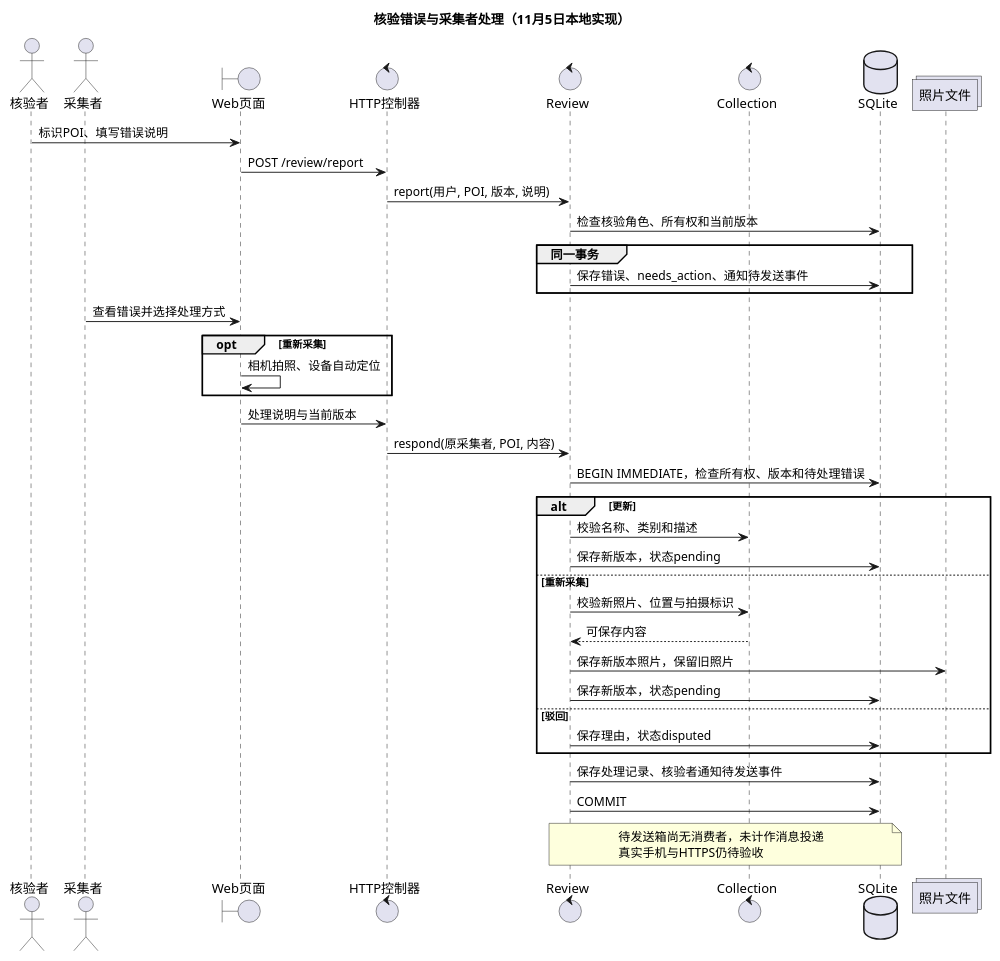
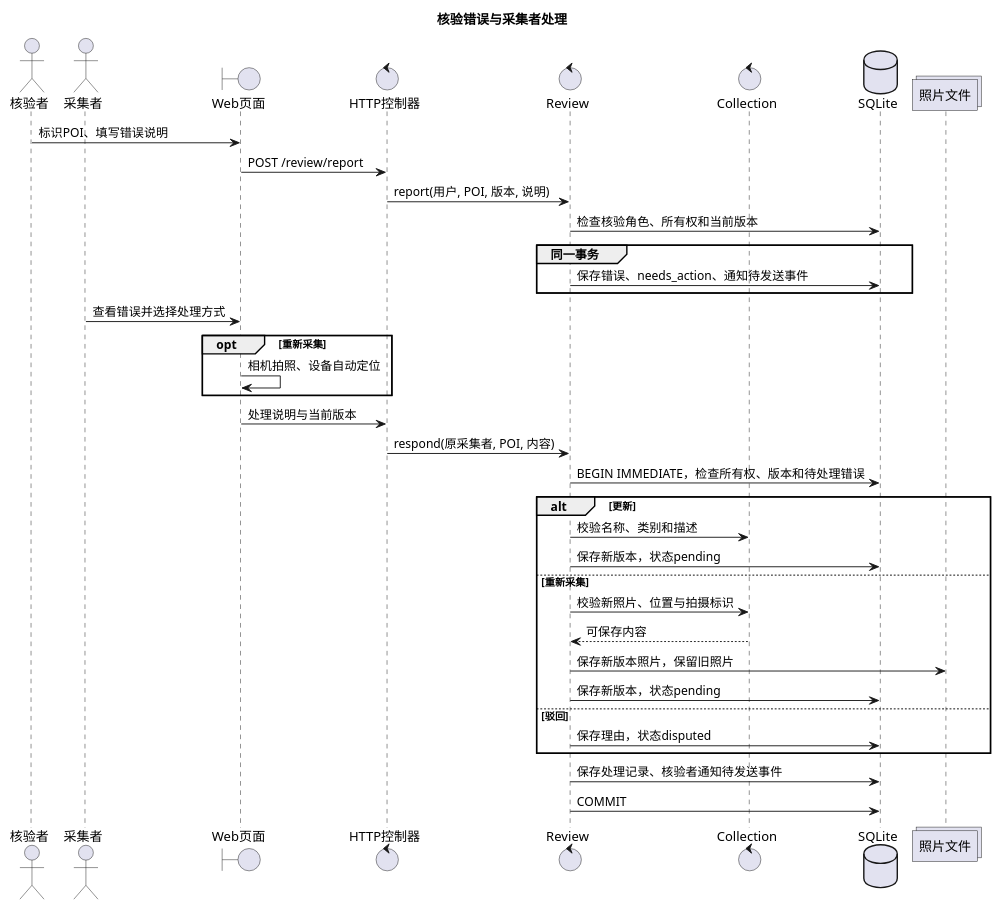
Before and after one commit to Florian-yang/mapqc-sadp-practice: the diagram in docs/diagrams/poi-review.puml, drawn with PlantUML. The commit also changed 33 other files, not shown here.

```diff
--- a/docs/diagrams/poi-review.puml
+++ b/docs/diagrams/poi-review.puml
@@ -1,39 +1,38 @@
 @startuml
-title 核验错误与采集者处理（11月5日本地实现）
+title 核验错误与采集者处理
 actor 核验者
 actor 采集者
 boundary Web页面
 control HTTP控制器
 control Review
 control Collection
 database SQLite
 collections 照片文件
 核验者 -> Web页面 : 标识POI、填写错误说明
 Web页面 -> HTTP控制器 : POST /review/report
 HTTP控制器 -> Review : report(用户, POI, 版本, 说明)
 Review -> SQLite : 检查核验角色、所有权和当前版本
 group 同一事务
 Review -> SQLite : 保存错误、needs_action、通知待发送事件
 end
 采集者 -> Web页面 : 查看错误并选择处理方式
 opt 重新采集
 Web页面 -> Web页面 : 相机拍照、设备自动定位
 end
 Web页面 -> HTTP控制器 : 处理说明与当前版本
 HTTP控制器 -> Review : respond(原采集者, POI, 内容)
 Review -> SQLite : BEGIN IMMEDIATE，检查所有权、版本和待处理错误
 alt 更新
 Review -> Collection : 校验名称、类别和描述
 Review -> SQLite : 保存新版本，状态pending
 else 重新采集
 Review -> Collection : 校验新照片、位置与拍摄标识
 Collection --> Review : 可保存内容
 Review -> 照片文件 : 保存新版本照片，保留旧照片
 Review -> SQLite : 保存新版本，状态pending
 else 驳回
 Review -> SQLite : 保存理由，状态disputed
 end
 Review -> SQLite : 保存处理记录、核验者通知待发送事件
 Review -> SQLite : COMMIT
-note over Review, SQLite : 待发送箱尚无消费者，未计作消息投递\n真实手机与HTTPS仍待验收
 @enduml
```
